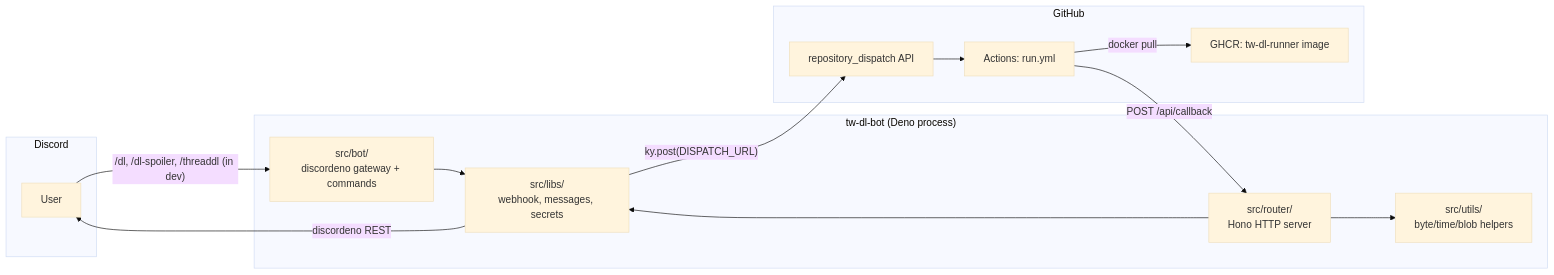
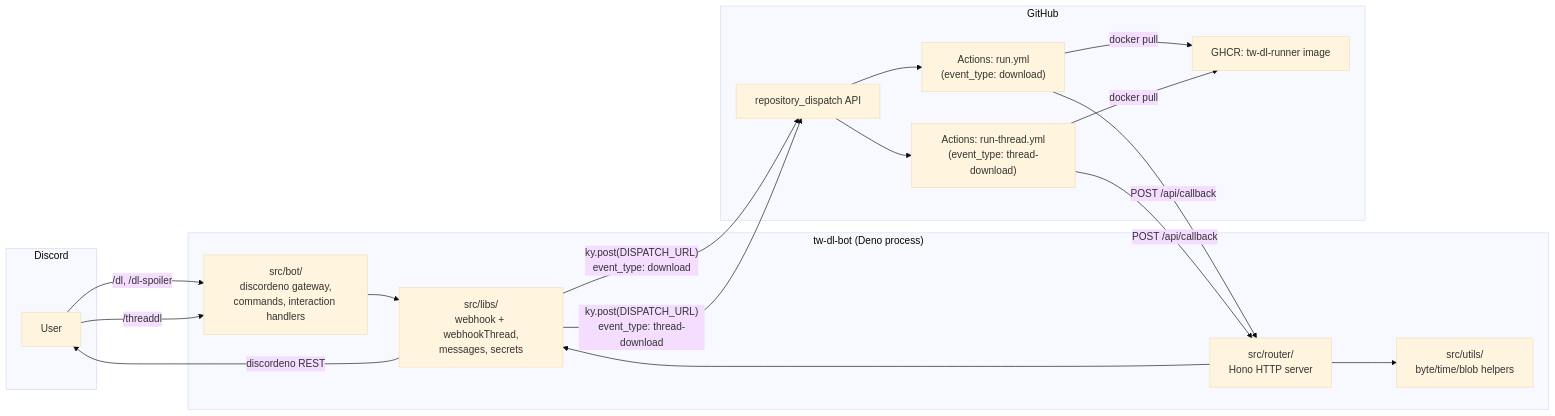
The third of 3 diagrams in docs/architecture.md (redpeacock78/tw-dl-bot), drawn with Mermaid (base theme) before and after one commit. The commit also changed other lines of this file and 6 other files, not shown here.

````diff
--- a/docs/architecture.md
+++ b/docs/architecture.md
@@ -39,29 +71,35 @@
 ```mermaid
 flowchart LR
     subgraph Discord
         U[User]
     end
 
     subgraph Bot["tw-dl-bot (Deno process)"]
-        BOT["src/bot/<br/>discordeno gateway + commands"]
+        BOT["src/bot/<br/>discordeno gateway,<br/>commands, interaction handlers"]
         ROUTER["src/router/<br/>Hono HTTP server"]
-        LIBS["src/libs/<br/>webhook, messages, secrets"]
+        LIBS["src/libs/<br/>webhook + webhookThread,<br/>messages, secrets"]
         UTILS["src/utils/<br/>byte/time/blob helpers"]
     end
 
     subgraph GitHub["GitHub"]
         DISPATCH["repository_dispatch API"]
-        ACT["Actions: run.yml"]
+        ACT1["Actions: run.yml<br/>(event_type: download)"]
+        ACT2["Actions: run-thread.yml<br/>(event_type: thread-download)"]
         IMG["GHCR: tw-dl-runner image"]
     end
 
-    U -- "/dl, /dl-spoiler, /threaddl (in dev)" --> BOT
+    U -- "/dl, /dl-spoiler" --> BOT
+    U -- "/threaddl" --> BOT
     BOT --> LIBS
-    LIBS -- "ky.post(DISPATCH_URL)" --> DISPATCH
-    DISPATCH --> ACT
-    ACT -- "docker pull" --> IMG
-    ACT -- "POST /api/callback" --> ROUTER
+    LIBS -- "ky.post(DISPATCH_URL)<br/>event_type: download" --> DISPATCH
+    LIBS -- "ky.post(DISPATCH_URL)<br/>event_type: thread-download" --> DISPATCH
+    DISPATCH --> ACT1
+    DISPATCH --> ACT2
+    ACT1 -- "docker pull" --> IMG
+    ACT2 -- "docker pull" --> IMG
+    ACT1 -- "POST /api/callback" --> ROUTER
+    ACT2 -- "POST /api/callback" --> ROUTER
     ROUTER --> LIBS
     ROUTER --> UTILS
     LIBS -- "discordeno REST" --> U
 ```
````
